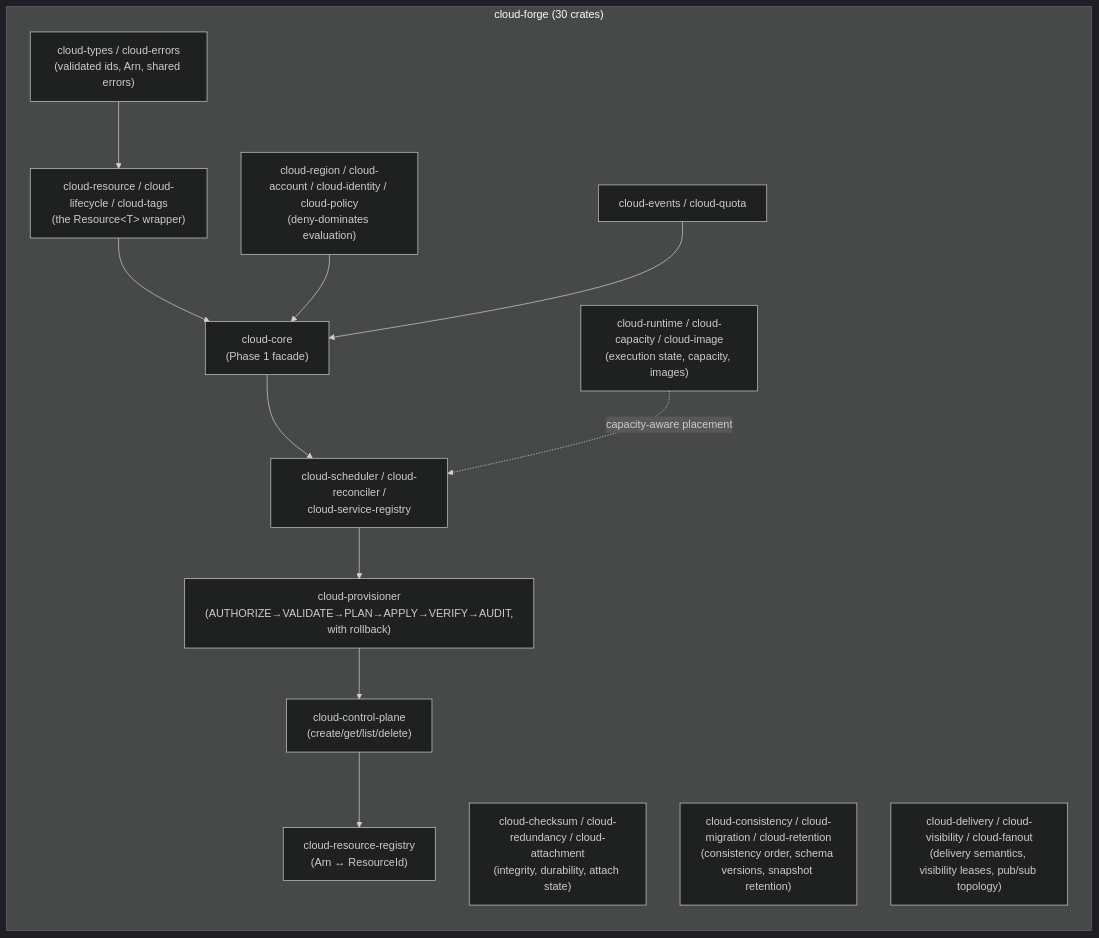
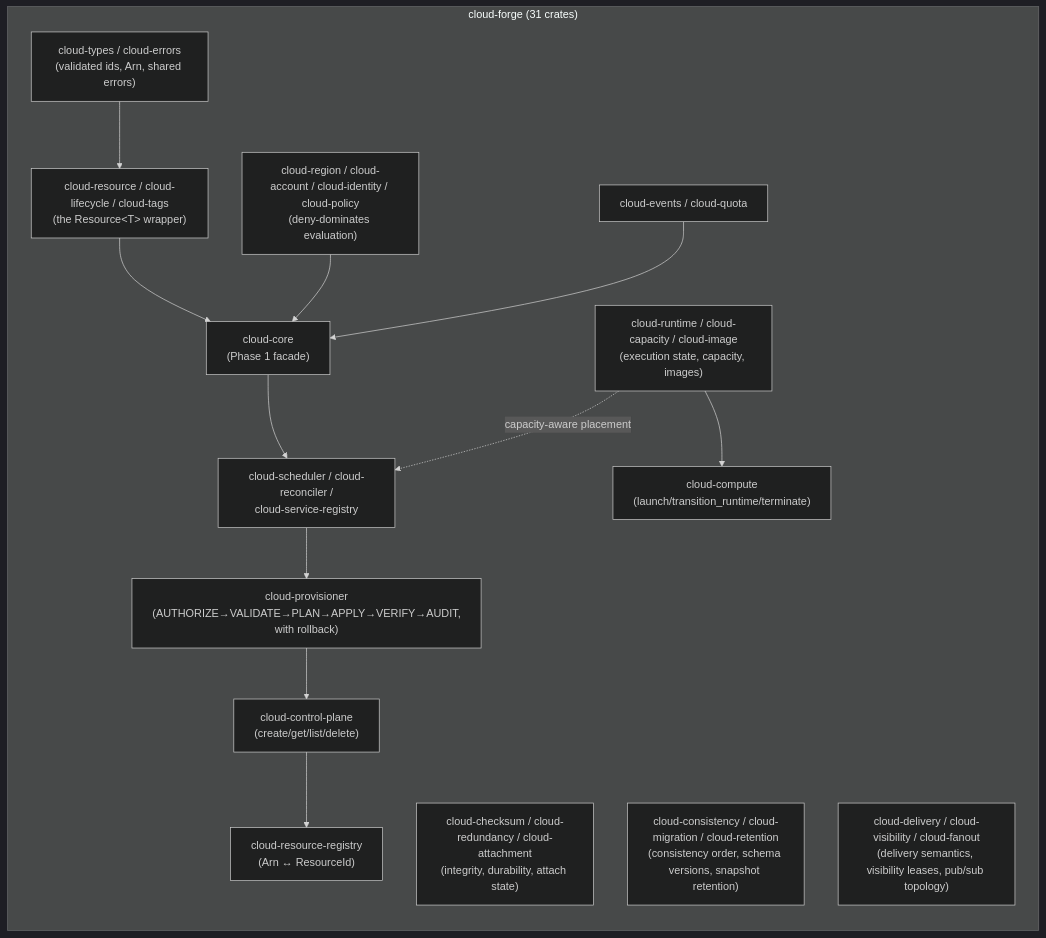
Before and after one commit to SNAPKITTYAGENT9NOVA/tlm-jxcl-forge: the fifth of 5 diagrams in README.md, drawn with Mermaid (dark theme). The commit also changed other lines of this file and 5 other files, not shown here.

````diff
--- a/README.md
+++ b/README.md
@@ -407,25 +410,27 @@
 ```mermaid
 flowchart LR
-    subgraph cf["cloud-forge (30 crates)"]
+    subgraph cf["cloud-forge (31 crates)"]
         direction TB
         types["cloud-types / cloud-errors<br/>(validated ids, Arn, shared errors)"]
         model["cloud-resource / cloud-lifecycle / cloud-tags<br/>(the Resource&lt;T&gt; wrapper)"]
         access["cloud-region / cloud-account / cloud-identity / cloud-policy<br/>(deny-dominates evaluation)"]
         ops["cloud-events / cloud-quota"]
         core["cloud-core<br/>(Phase 1 facade)"]
         control["cloud-scheduler / cloud-reconciler /<br/>cloud-service-registry"]
         pipeline["cloud-provisioner<br/>(AUTHORIZE→VALIDATE→PLAN→APPLY→VERIFY→AUDIT,<br/>with rollback)"]
         plane["cloud-control-plane<br/>(create/get/list/delete)"]
         names["cloud-resource-registry<br/>(Arn ↔ ResourceId)"]
         compute["cloud-runtime / cloud-capacity / cloud-image<br/>(execution state, capacity, images)"]
         storage["cloud-checksum / cloud-redundancy / cloud-attachment<br/>(integrity, durability, attach state)"]
         database["cloud-consistency / cloud-migration / cloud-retention<br/>(consistency order, schema versions, snapshot retention)"]
         messaging["cloud-delivery / cloud-visibility / cloud-fanout<br/>(delivery semantics, visibility leases, pub/sub topology)"]
+        service["cloud-compute<br/>(launch/transition_runtime/terminate)"]
         types --> model --> core
         access --> core
         ops --> core
         core --> control --> pipeline --> plane
         plane --> names
         compute -.capacity-aware placement.-> control
+        compute --> service
     end
 ```
````
